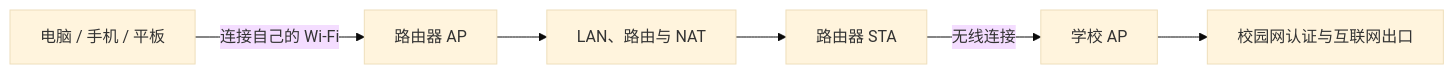
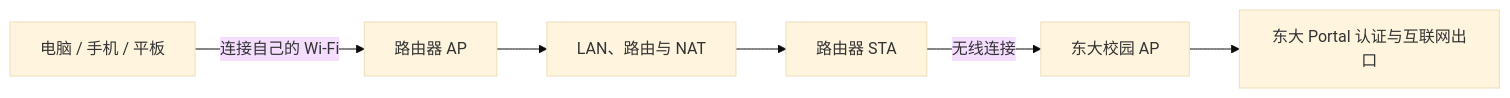
The first of 2 diagrams in README.md (Tianxiang111/SEU-Campus-Network), drawn with Mermaid (base theme) before and after one commit. The commit also changed other lines of this file and 1 other file, not shown here.

````diff
--- a/README.md
+++ b/README.md
@@ -31,8 +31,8 @@
 ```mermaid
 flowchart LR
     D["电脑 / 手机 / 平板"] -->|"连接自己的 Wi-Fi"| A["路由器 AP"]
     A --> R["LAN、路由与 NAT"]
     R --> S["路由器 STA"]
-    S -->|"无线连接"| C["学校 AP"]
-    C --> P["校园网认证与互联网出口"]
+    S -->|"无线连接"| C["东大校园 AP"]
+    C --> P["东大 Portal 认证与互联网出口"]
 ```
````
